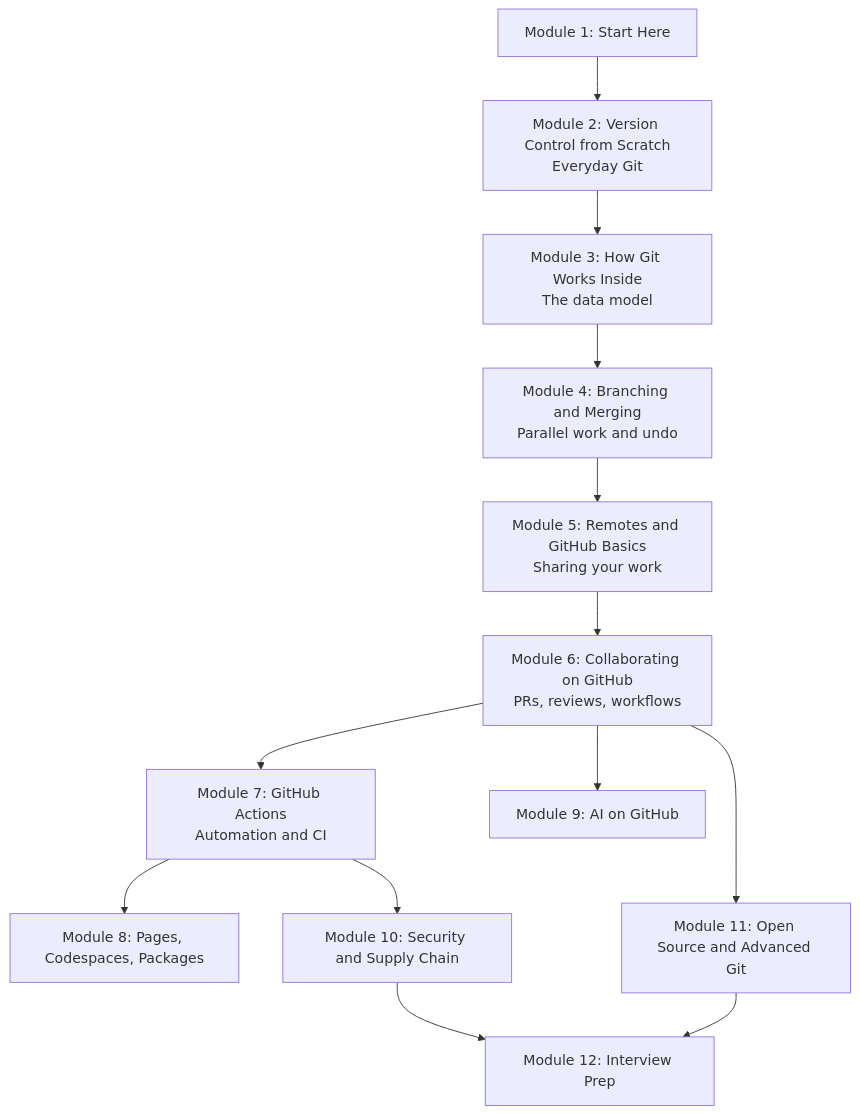
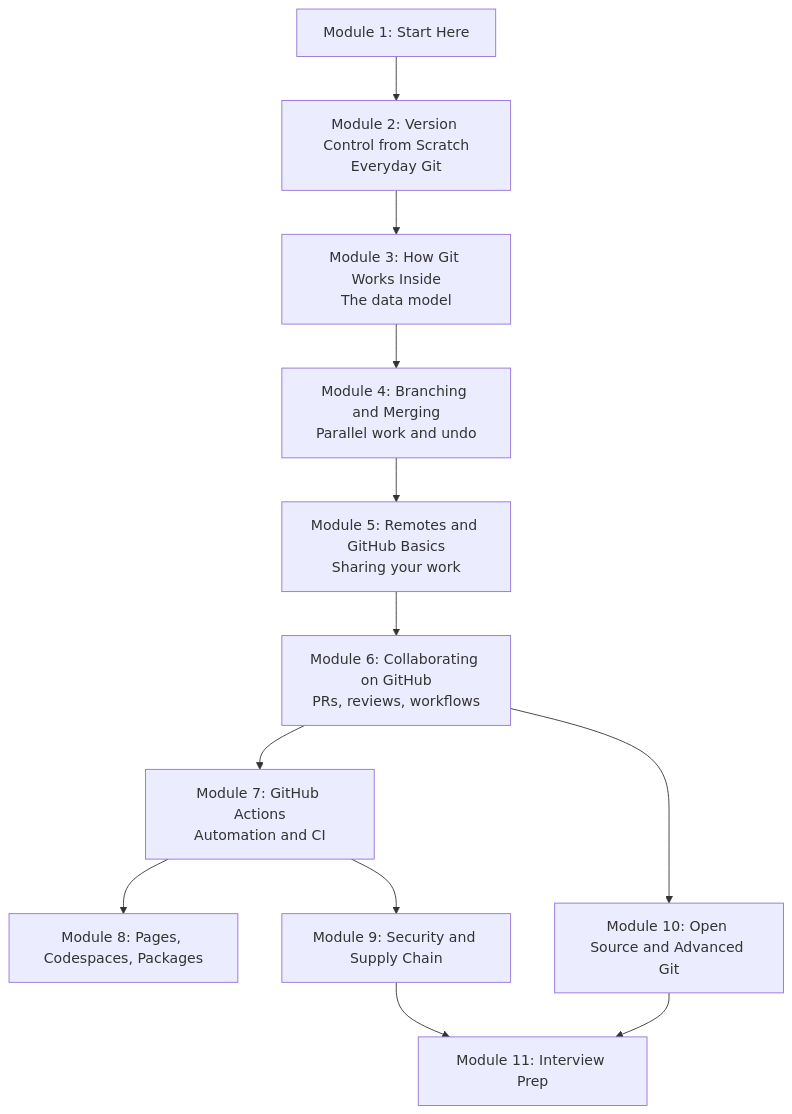
One commit to sourabh1996/sourabh1996.github.io changed the first of 2 diagrams in courses/git-and-github-zero-to-pro/01-start-here/how-this-course-works.md. Above: the diagram before and after it, drawn with Mermaid. The commit also changed other lines of this file and 13 other files, not shown here.

````diff
--- a/courses/git-and-github-zero-to-pro/01-start-here/how-this-course-works.md
+++ b/courses/git-and-github-zero-to-pro/01-start-here/how-this-course-works.md
@@ -41,15 +40,14 @@
 ```mermaid
 flowchart TB
   A["Module 1: Start Here"] --> B["Module 2: Version Control from Scratch<br/>Everyday Git"]
   B --> C["Module 3: How Git Works Inside<br/>The data model"]
   C --> D["Module 4: Branching and Merging<br/>Parallel work and undo"]
   D --> E["Module 5: Remotes and GitHub Basics<br/>Sharing your work"]
   E --> F["Module 6: Collaborating on GitHub<br/>PRs, reviews, workflows"]
   F --> G["Module 7: GitHub Actions<br/>Automation and CI"]
   G --> H["Module 8: Pages, Codespaces, Packages"]
-  F --> I["Module 9: AI on GitHub"]
-  G --> J["Module 10: Security and Supply Chain"]
-  F --> K["Module 11: Open Source and Advanced Git"]
-  J --> L["Module 12: Interview Prep"]
+  G --> J["Module 9: Security and Supply Chain"]
+  F --> K["Module 10: Open Source and Advanced Git"]
+  J --> L["Module 11: Interview Prep"]
   K --> L
 ```
````
